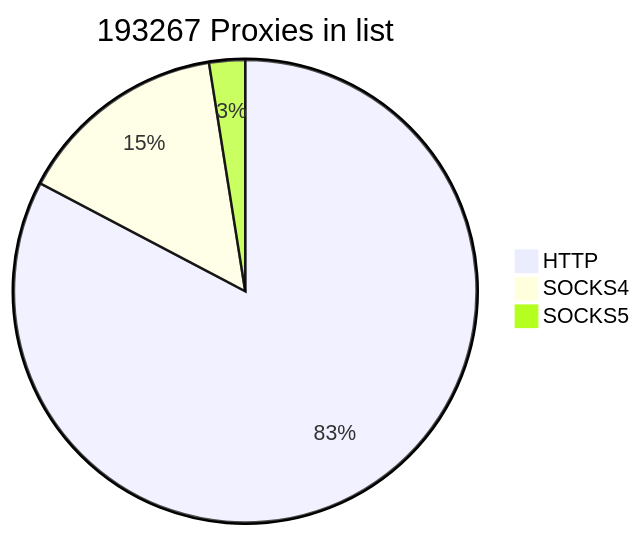
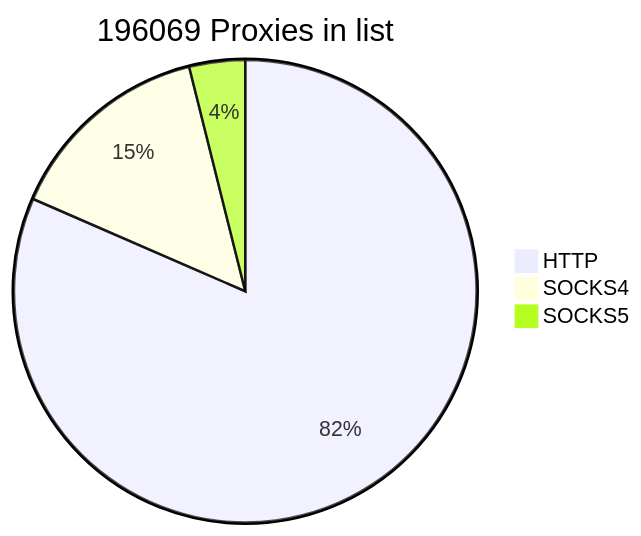
Before and after one commit to cutipu/proxylist: the first of 2 diagrams in README.md, drawn with Mermaid. The commit also changed other lines of this file, not shown here.

````diff
--- a/README.md
+++ b/README.md
@@ -2,7 +2,7 @@
 ```mermaid
-pie title 193267 Proxies in list
+pie title 196069 Proxies in list
     "HTTP" : 159856
-    "SOCKS4" : 28564
-    "SOCKS5" : 4847
+    "SOCKS4" : 28565
+    "SOCKS5" : 7648
             
 ```
````
